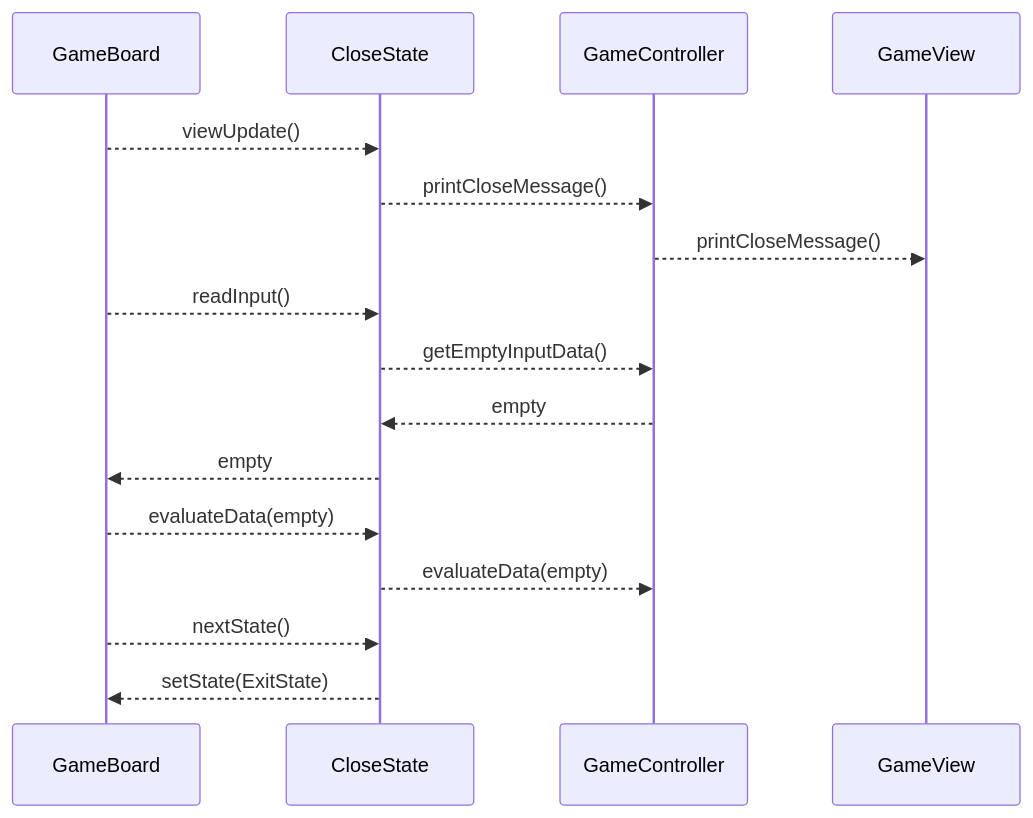
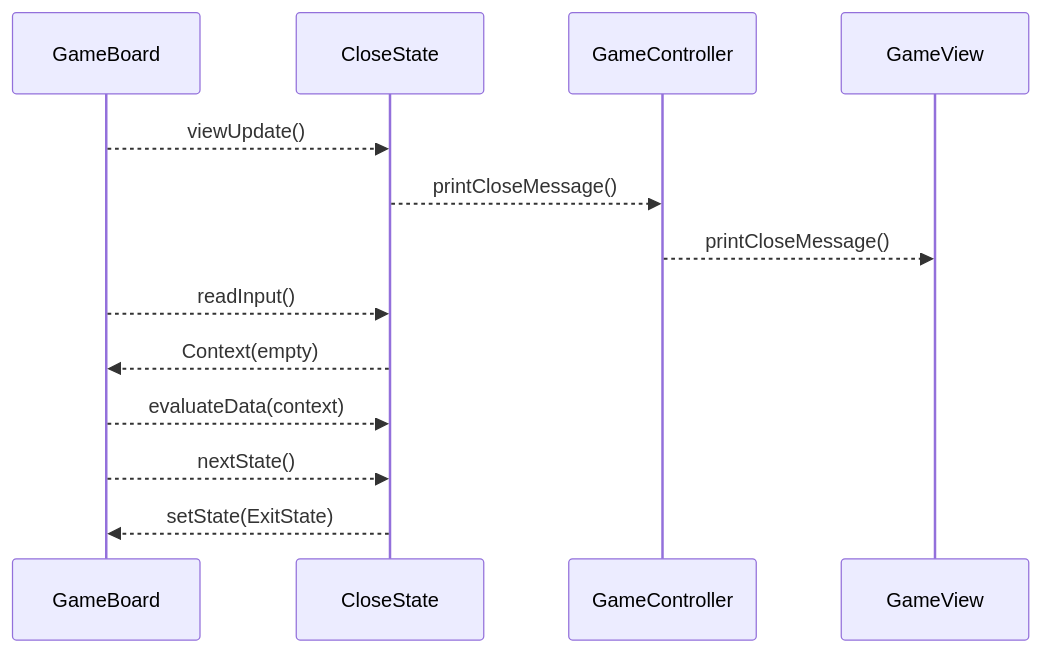
One commit to digiry/java-racingcar-precourse changed the eighth of 8 diagrams in docs/sequence_diagram.md. Above: the diagram before and after it, drawn with Mermaid. The commit also changed other lines of this file and 2 other files, not shown here.

Commit message:
docs: remove getEmptyInputData

````diff
--- a/docs/sequence_diagram.md
+++ b/docs/sequence_diagram.md
@@ -305,17 +295,14 @@
 ```mermaid
 sequenceDiagram
     GameBoard -->> CloseState : viewUpdate()
     CloseState -->> GameController : printCloseMessage()
     GameController -->> GameView : printCloseMessage()
 
     GameBoard -->> CloseState : readInput()
-    CloseState -->> GameController : getEmptyInputData()
-    GameController -->> CloseState : empty
-    CloseState -->> GameBoard : empty
+    CloseState -->> GameBoard : Context(empty)
 
-    GameBoard -->> CloseState : evaluateData(empty)
-    CloseState -->> GameController : evaluateData(empty)
+    GameBoard -->> CloseState : evaluateData(context)
 
     GameBoard -->> CloseState : nextState()
     CloseState -->> GameBoard : setState(ExitState)
 ```
````
